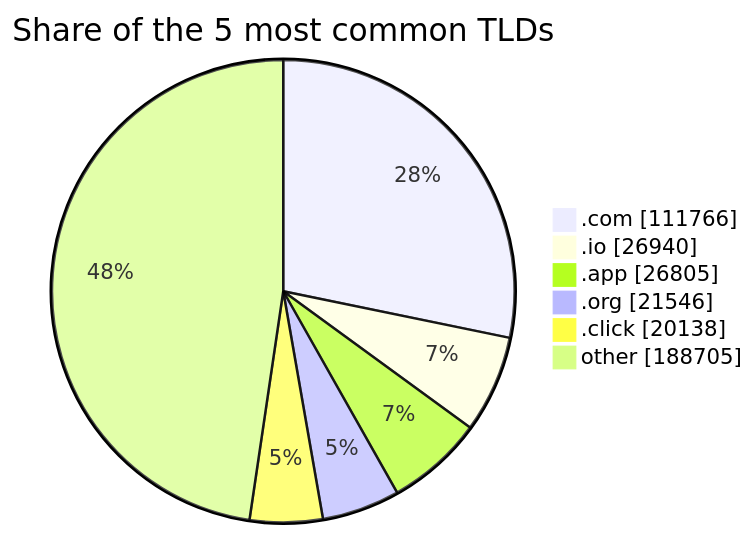
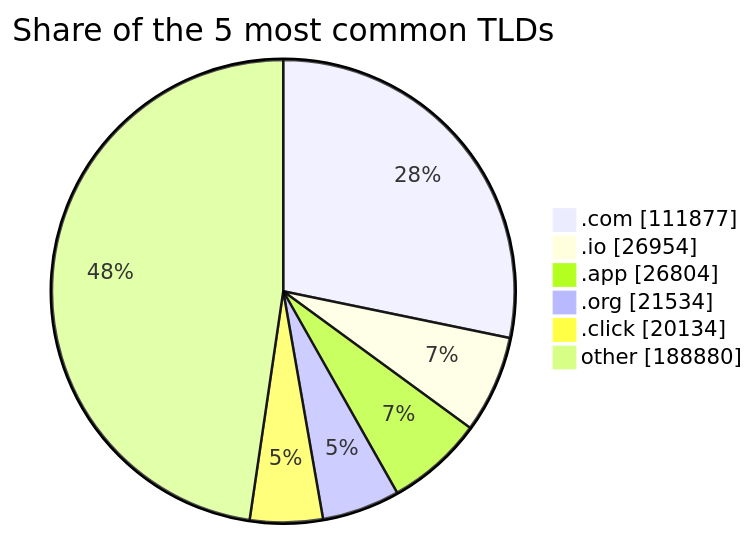
One commit to DNSBunker/CTI changed the third of 3 diagrams in README.md. Above: the diagram before and after it, drawn with Mermaid. The commit also changed other lines of this file and 3 other files, not shown here.

````diff
--- a/README.md
+++ b/README.md
@@ -81,9 +81,9 @@
 ```mermaid
 pie showData title Share of the 5 most common TLDs
-    ".com" : 111766
-    ".io" : 26940
-    ".app" : 26805
-    ".org" : 21546
-    ".click" : 20138
-    "other" : 188705
+    ".com" : 111877
+    ".io" : 26954
+    ".app" : 26804
+    ".org" : 21534
+    ".click" : 20134
+    "other" : 188880
 ```
````
